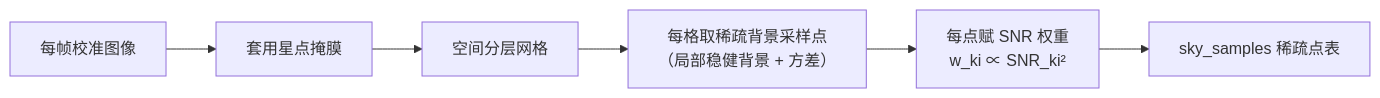
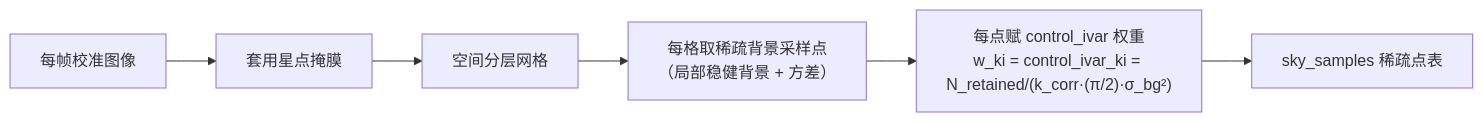
One commit to fujiaze/Astro-CS-Database changed the diagram in docs/plugins/algorithms_phase2/10_sampling.md. Above: the diagram before and after it, drawn with Mermaid. The commit also changed other lines of this file and 22 other files, not shown here.

````diff
--- a/docs/plugins/algorithms_phase2/10_sampling.md
+++ b/docs/plugins/algorithms_phase2/10_sampling.md
@@ -33,8 +33,8 @@
 ```mermaid
 flowchart LR
     F["每帧校准图像"] --> M["套用星点掩膜"]
     M --> GRID["空间分层网格"]
     GRID --> P["每格取稀疏背景采样点<br/>（局部稳健背景 + 方差）"]
-    P --> W["每点赋 SNR 权重<br/>w_ki ∝ SNR_ki²"]
+    P --> W["每点赋 control_ivar 权重<br/>w_ki = control_ivar_ki = N_retained/(k_corr·(π/2)·σ_bg²)"]
     W --> OUT["sky_samples 稀疏点表"]
 ```
````
